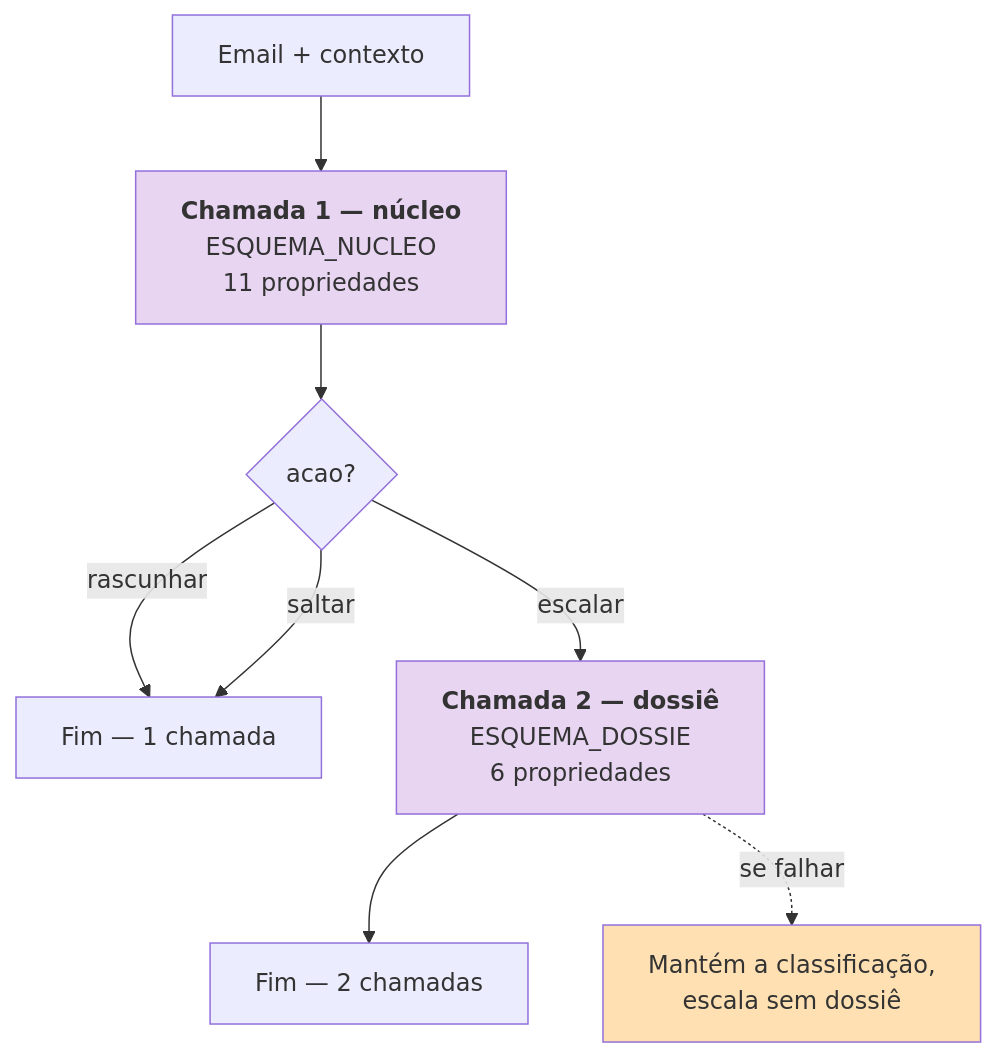
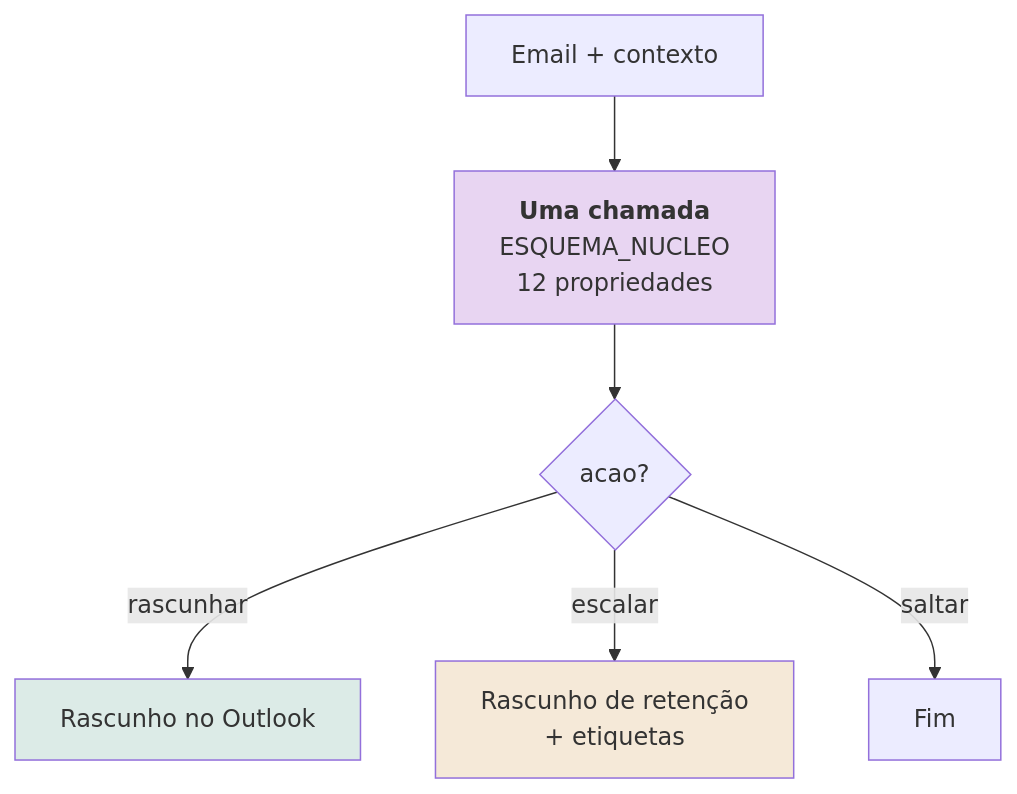
The second of 3 diagrams in docs/03-ai/ai-architecture.md (joaocarvalhini/Outlook-Reply-Assistant), drawn with Mermaid before and after one commit. The commit also changed other lines of this file and 21 other files, not shown here.

````diff
--- a/docs/03-ai/ai-architecture.md
+++ b/docs/03-ai/ai-architecture.md
@@ -61,14 +61,12 @@
 ```mermaid
 flowchart TD
-    A["Email + contexto"] --> B["<b>Chamada 1 — núcleo</b><br/>ESQUEMA_NUCLEO<br/>11 propriedades"]
+    A["Email + contexto"] --> B["<b>Uma chamada</b><br/>ESQUEMA_NUCLEO<br/>12 propriedades"]
     B --> C{"acao?"}
-    C -->|rascunhar| D["Fim — 1 chamada"]
-    C -->|saltar| D
-    C -->|escalar| E["<b>Chamada 2 — dossiê</b><br/>ESQUEMA_DOSSIE<br/>6 propriedades"]
-    E --> F["Fim — 2 chamadas"]
-    E -.->|"se falhar"| G["Mantém a classificação,<br/>escala sem dossiê"]
+    C -->|rascunhar| D["Rascunho no Outlook"]
+    C -->|escalar| E["Rascunho de retenção<br/>+ etiquetas"]
+    C -->|saltar| F["Fim"]
 
     style B fill:#e8d5f2
-    style E fill:#e8d5f2
-    style G fill:#ffe0b2
+    style D fill:#dcebe7
+    style E fill:#f5e9d8
 ```
````
